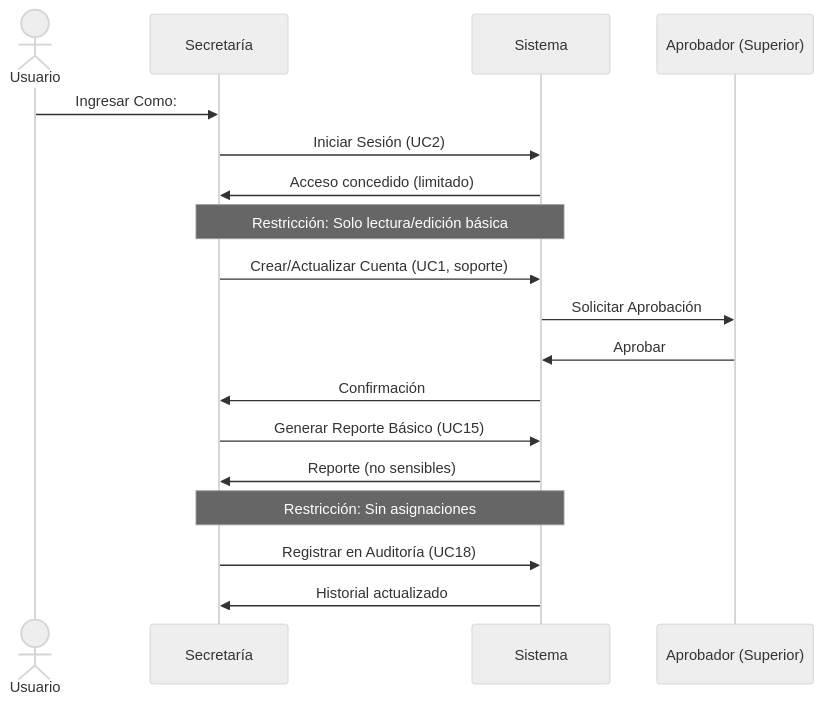
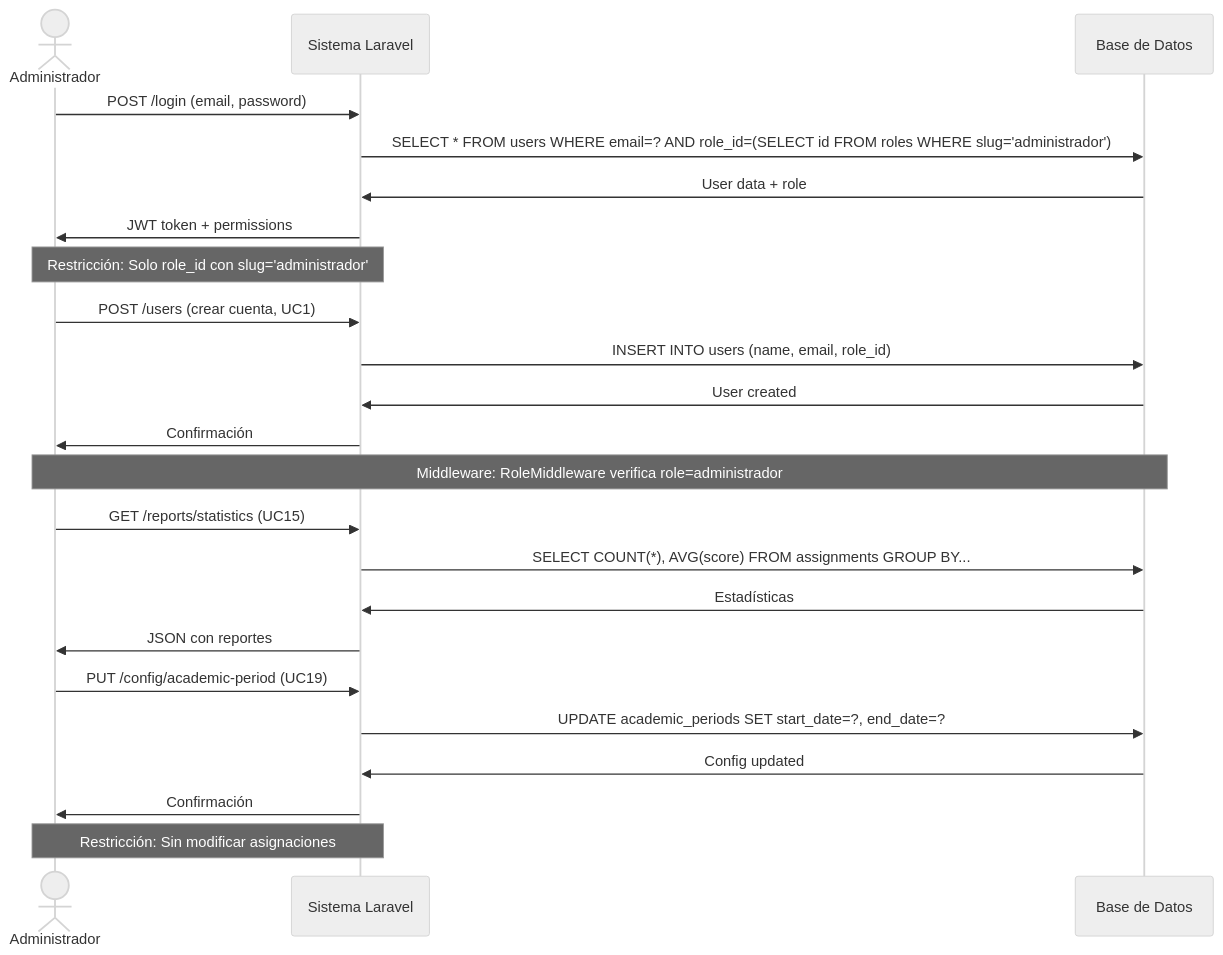
One commit to LuisCPedraza/sistema-asignacion-salones changed the first of 8 diagrams in documentation/DiagramaSecuenciaCasosDeUso.md. Above: the diagram before and after it, drawn with Mermaid (neutral theme). The commit also changed other lines of this file and 9 other files, not shown here.

````diff
--- a/documentation/DiagramaSecuenciaCasosDeUso.md
+++ b/documentation/DiagramaSecuenciaCasosDeUso.md
@@ -12,24 +30,29 @@
 ```mermaid
 sequenceDiagram
-actor Usuario
-Usuario->>S: Ingresar Como:
-    participant S as Secretaría
-    participant Sys as Sistema
-    participant A as Aprobador (Superior)
+    actor Admin as Administrador
+    participant Sys as Sistema Laravel
+    participant DB as Base de Datos
 
-    S->>Sys: Iniciar Sesión (UC2)
-    Sys->>S: Acceso concedido (limitado)
-    Note over S,Sys: Restricción: Solo lectura/edición básica
+    Admin->>Sys: POST /login (email, password)
+    Sys->>DB: SELECT * FROM users WHERE email=? AND role_id=(SELECT id FROM roles WHERE slug='administrador')
+    DB->>Sys: User data + role
+    Sys->>Admin: JWT token + permissions
+    Note over Admin,Sys: Restricción: Solo role_id con slug='administrador'
 
-    S->>Sys: Crear/Actualizar Cuenta (UC1, soporte)
-    Sys->>A: Solicitar Aprobación
-    A->>Sys: Aprobar
-    Sys->>S: Confirmación
+    Admin->>Sys: POST /users (crear cuenta, UC1)
+    Sys->>DB: INSERT INTO users (name, email, role_id)
+    DB->>Sys: User created
+    Sys->>Admin: Confirmación
+    Note over Admin,DB: Middleware: RoleMiddleware verifica role=administrador
 
-    S->>Sys: Generar Reporte Básico (UC15)
-    Sys->>S: Reporte (no sensibles)
-    Note over S,Sys: Restricción: Sin asignaciones
+    Admin->>Sys: GET /reports/statistics (UC15)
+    Sys->>DB: SELECT COUNT(*), AVG(score) FROM assignments GROUP BY...
+    DB->>Sys: Estadísticas
+    Sys->>Admin: JSON con reportes
 
-    S->>Sys: Registrar en Auditoría (UC18)
-    Sys->>S: Historial actualizado
+    Admin->>Sys: PUT /config/academic-period (UC19)
+    Sys->>DB: UPDATE academic_periods SET start_date=?, end_date=?
+    DB->>Sys: Config updated
+    Sys->>Admin: Confirmación
+    Note over Admin,Sys: Restricción: Sin modificar asignaciones
 ```
````
